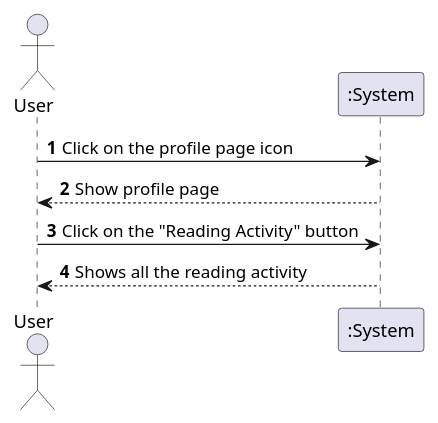
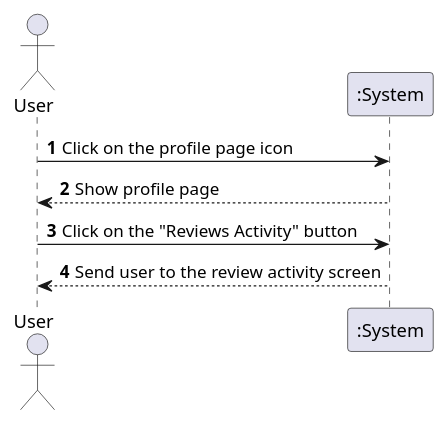
The diagram in UMLs/UC_SSD/uml/UCPS_UCSSD/UCPS2_UCSSD.puml (VitorHTeixeira/DSSMV_ProjectDroid_1232067_1241131_1241008), drawn with PlantUML before and after one commit. The commit also changed 32 other files, not shown here.

```diff
--- a/UMLs/UC_SSD/uml/UCPS_UCSSD/UCPS2_UCSSD.puml
+++ b/UMLs/UC_SSD/uml/UCPS_UCSSD/UCPS2_UCSSD.puml
@@ -1,15 +1,15 @@
 @startuml
 'https://plantuml.com/sequence-diagram
 
 autonumber
 
 actor "User" as user
 participant ":System" as sys
 
 user -> sys: Click on the profile page icon
 user <-- sys: Show profile page
 
-user -> sys: Click on the "Reading Activity" button
-user <-- sys: Shows all the reading activity
+user -> sys: Click on the "Reviews Activity" button
+user <-- sys: Send user to the review activity screen
 
 @enduml
```
